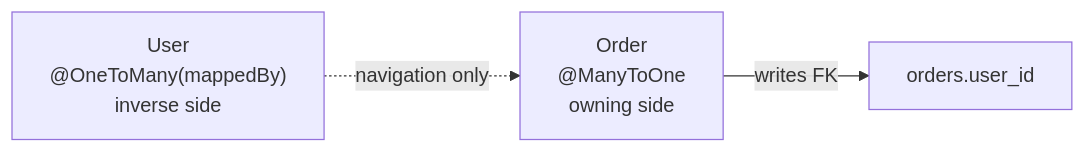
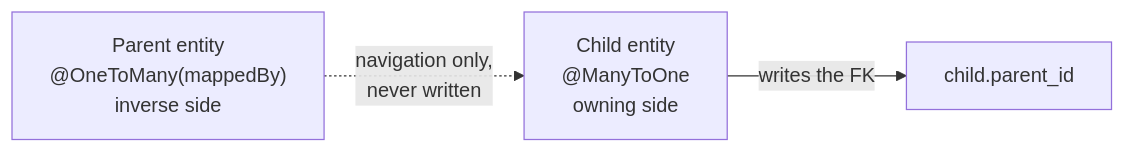
Before and after one commit to shubamchaudhary/CodeNITW: diagram 13 of 20 in src/Data/coreStackDocs/SPRING-04.md, drawn with Mermaid. The commit also changed other lines of this file, not shown here.

````diff
--- a/src/Data/coreStackDocs/SPRING-04.md
+++ b/src/Data/coreStackDocs/SPRING-04.md
@@ -108,5 +359,5 @@
 ```mermaid
 flowchart LR
-    U["User<br/>@OneToMany(mappedBy)<br/>inverse side"] -.->|"navigation only"| O["Order<br/>@ManyToOne<br/>owning side"]
-    O -->|"writes FK"| FK["orders.user_id"]
+    P["Parent entity<br/>@OneToMany(mappedBy)<br/>inverse side"] -.->|"navigation only,<br/>never written"| C["Child entity<br/>@ManyToOne<br/>owning side"]
+    C -->|"writes the FK"| FK["child.parent_id"]
 ```
````
